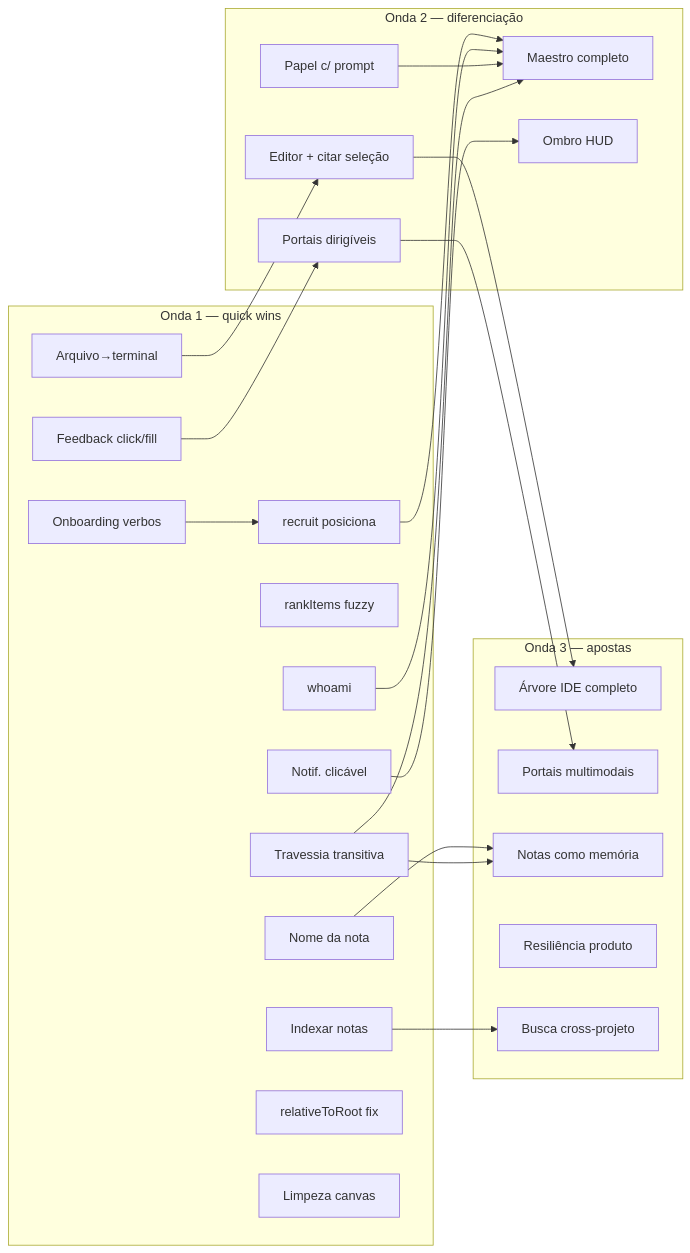
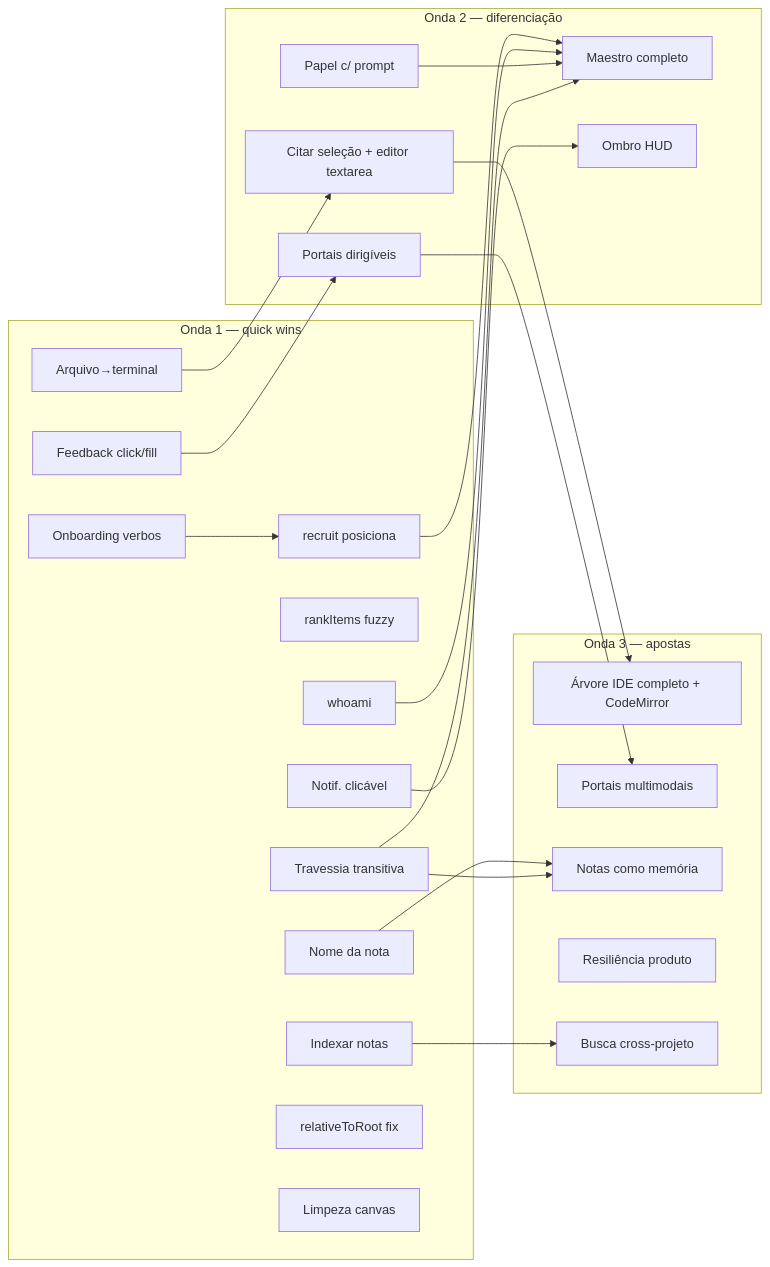
Before and after one commit to felipeabreu2/orkestra: the diagram in docs/planejamento/00-ROADMAP.md, drawn with Mermaid. The commit also changed other lines of this file and 2 other files, not shown here.

First line of the commit message:
docs: decisoes de escopo do usuario (gating fail-open, CodeMirror -> Onda 3)

````diff
--- a/docs/planejamento/00-ROADMAP.md
+++ b/docs/planejamento/00-ROADMAP.md
@@ -104,41 +104,41 @@
 ```mermaid
 graph LR
   subgraph Onda1[Onda 1 — quick wins]
     OB[Onboarding verbos]
     NC[Notif. clicável]
     FZ[rankItems fuzzy]
     IDX[Indexar notas]
     DT[Arquivo→terminal]
     TT[Travessia transitiva]
     RC[recruit posiciona]
     WM[whoami]
     PF[Feedback click/fill]
     NN[Nome da nota]
     RR[relativeToRoot fix]
     CV[Limpeza canvas]
   end
   subgraph Onda2[Onda 2 — diferenciação]
     PR[Papel c/ prompt]
     MM[Maestro completo]
     HUD[Ombro HUD]
     PD[Portais dirigíveis]
-    ED[Editor + citar seleção]
+    ED[Citar seleção + editor textarea]
   end
   subgraph Onda3[Onda 3 — apostas]
-    IDE[Árvore IDE completo]
+    IDE[Árvore IDE completo + CodeMirror]
     PM[Portais multimodais]
     MEM[Notas como memória]
     RES[Resiliência produto]
     XP[Busca cross-projeto]
   end
   OB --> RC --> MM
   WM --> MM
   PR --> MM
   TT --> MM
   NN --> MEM
   IDX --> XP
   TT --> MEM
   NC --> HUD
   PF --> PD --> PM
   DT --> ED --> IDE
 ```
````
